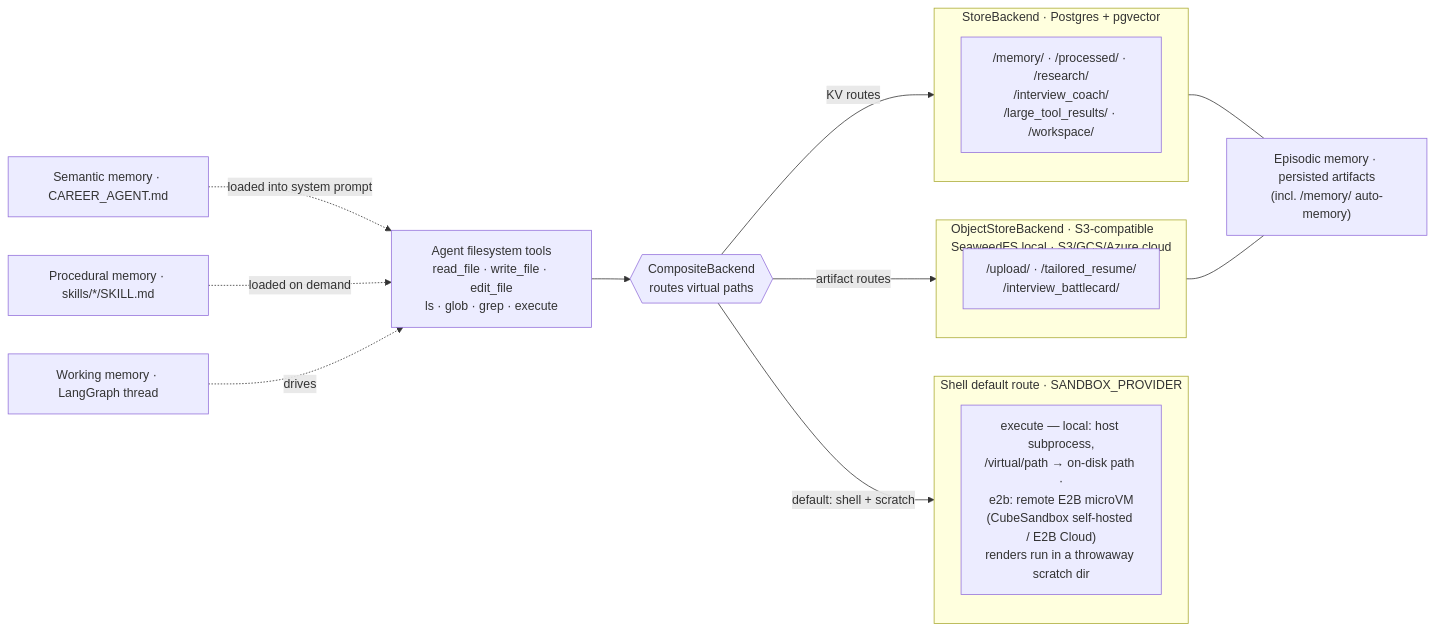
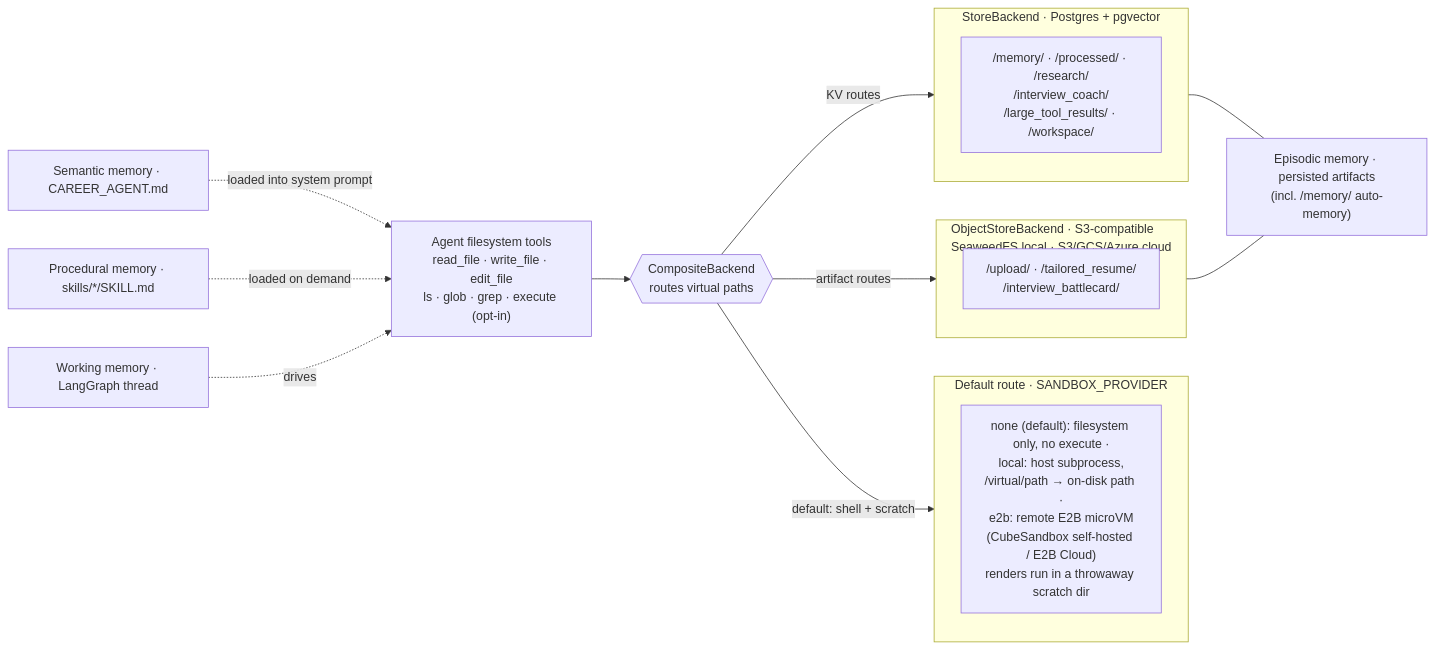
Before and after one commit to tam159/next-role: the diagram in README.md, drawn with Mermaid. The commit also changed other lines of this file and 28 other files, not shown here.

First line of the commit message:
feat: turn the execute tool off by default with sandbox_provider=none (#107)

````diff
--- a/README.md
+++ b/README.md
@@ -238,23 +238,23 @@
 ```mermaid
 flowchart LR
-    Agent["Agent filesystem tools<br/>read_file · write_file · edit_file<br/>ls · glob · grep · execute"]
+    Agent["Agent filesystem tools<br/>read_file · write_file · edit_file<br/>ls · glob · grep · execute (opt-in)"]
     CB{{"CompositeBackend<br/>routes virtual paths"}}
     Agent --> CB
-    subgraph Shell["Shell default route · SANDBOX_PROVIDER"]
-        SH["execute — local: host subprocess,<br/>/virtual/path → on-disk path ·<br/>e2b: remote E2B microVM<br/>(CubeSandbox self-hosted / E2B Cloud)<br/>renders run in a throwaway scratch dir"]
+    subgraph Shell["Default route · SANDBOX_PROVIDER"]
+        SH["none (default): filesystem only, no execute ·<br/>local: host subprocess,<br/>/virtual/path → on-disk path ·<br/>e2b: remote E2B microVM<br/>(CubeSandbox self-hosted / E2B Cloud)<br/>renders run in a throwaway scratch dir"]
     end
     subgraph Store["StoreBackend · Postgres + pgvector"]
         ST["/memory/ · /processed/ · /research/<br/>/interview_coach/<br/>/large_tool_results/ · /workspace/"]
     end
     subgraph Obj["ObjectStoreBackend · S3-compatible<br/>SeaweedFS local · S3/GCS/Azure cloud"]
         OB["/upload/ · /tailored_resume/<br/>/interview_battlecard/"]
     end
     CB -->|default: shell + scratch| Shell
     CB -->|KV routes| Store
     CB -->|artifact routes| Obj
     Sem["Semantic memory · CAREER_AGENT.md"] -. loaded into system prompt .-> Agent
     Proc["Procedural memory · skills/*/SKILL.md"] -. loaded on demand .-> Agent
     Work["Working memory · LangGraph thread"] -. drives .-> Agent
     Store --- Epi["Episodic memory · persisted artifacts<br/>(incl. /memory/ auto-memory)"]
     Obj --- Epi
 ```
````
